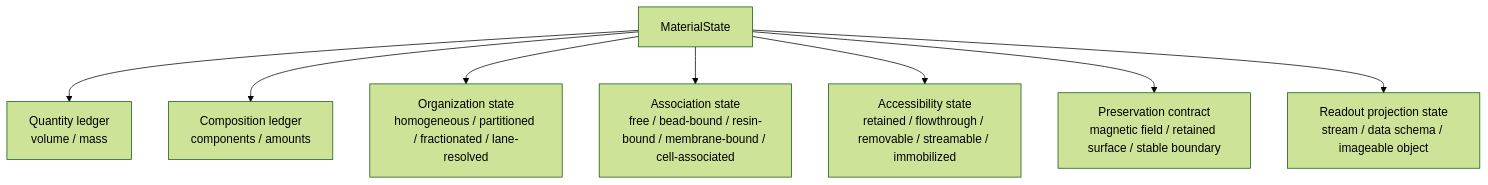
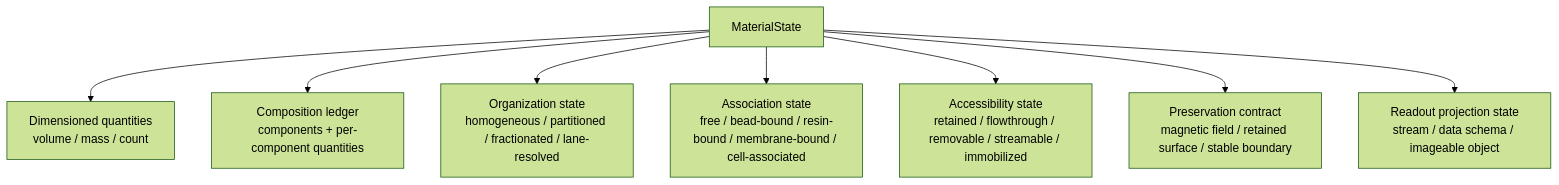
The second of 14 diagrams in docs/container_contents_state_design.md (culsma/culsma), drawn with Mermaid (forest theme) before and after one commit. The commit also changed other lines of this file and 27 other files, not shown here.

Commit message:
feat: add independent cell-count quantities

````diff
--- a/docs/container_contents_state_design.md
+++ b/docs/container_contents_state_design.md
@@ -78,19 +78,19 @@
 ```mermaid
 flowchart TB
     MS["MaterialState"]
-    Q["Quantity ledger<br/>volume / mass"]
-    C["Composition ledger<br/>components / amounts"]
+    Q["Dimensioned quantities<br/>volume / mass / count"]
+    C["Composition ledger<br/>components + per-component quantities"]
     O["Organization state<br/>homogeneous / partitioned / fractionated / lane-resolved"]
     A["Association state<br/>free / bead-bound / resin-bound / membrane-bound / cell-associated"]
     X["Accessibility state<br/>retained / flowthrough / removable / streamable / immobilized"]
     P["Preservation contract<br/>magnetic field / retained surface / stable boundary"]
     R["Readout projection state<br/>stream / data schema / imageable object"]
 
     MS --> Q
     MS --> C
     MS --> O
     MS --> A
     MS --> X
     MS --> P
     MS --> R
 ```
````
